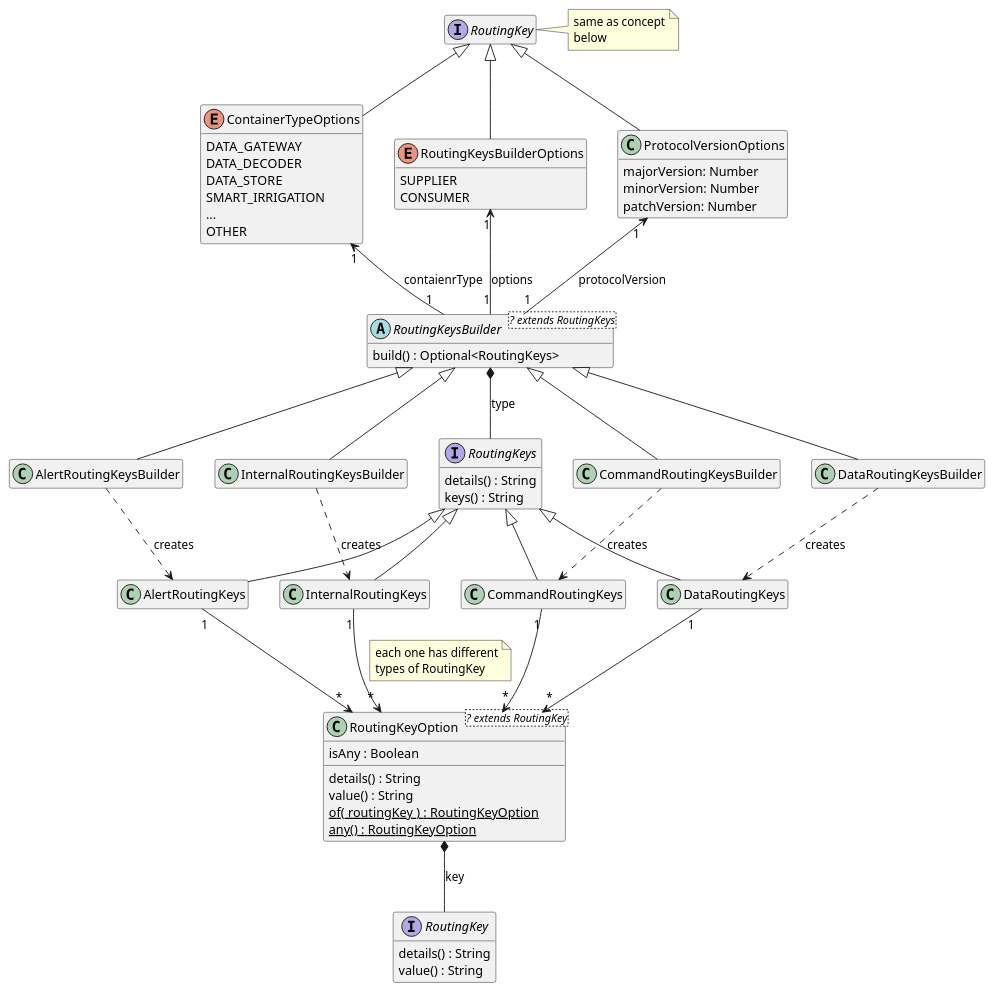
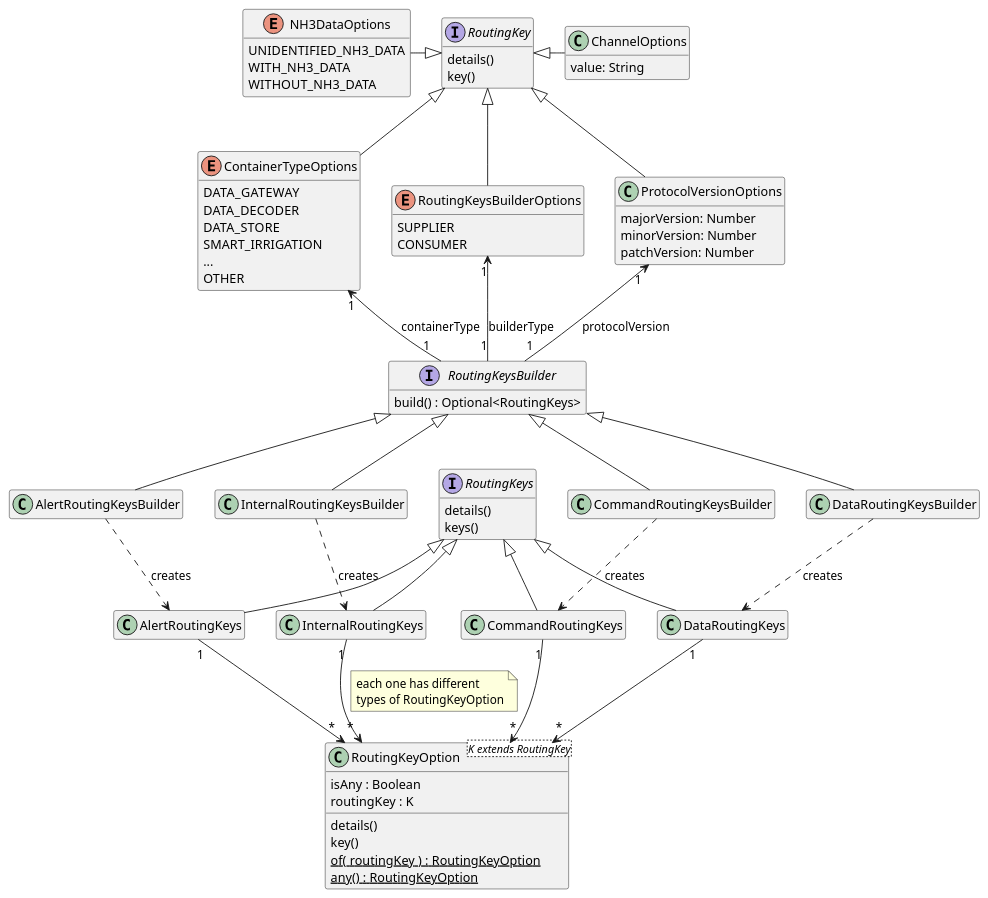
Before and after one commit to FilipeMCruz/dissertation: the diagram in assets/diagrams/design/domain/routing-model.pu, drawn with PlantUML. The commit also changed 11 other files, not shown here.

Commit message:
Fixed some diagrams

```diff
--- a/assets/diagrams/design/domain/routing-model.pu
+++ b/assets/diagrams/design/domain/routing-model.pu
@@ -1,113 +1,121 @@
 @startuml routing-model
 
 hide empty members
 
 interface "RoutingKey" as RoutingKey2 {
-
+    details()
+    key()
 }
-note right: same as concept\nbelow
 
 interface RoutingKeys {
-    details() : String
-    keys() : String
+    details()
+    keys()
 }
 
 class AlertRoutingKeys {
 
 }
 
 class InternalRoutingKeys {
 
 }
 
 class CommandRoutingKeys {
 
 }
 
 class DataRoutingKeys {
 
+}
+
+class ChannelOptions {
+    value: String
+}
+
+enum NH3DataOptions {
+    UNIDENTIFIED_NH3_DATA
+    WITH_NH3_DATA
+    WITHOUT_NH3_DATA
 }
 
 enum ContainerTypeOptions {
     DATA_GATEWAY
     DATA_DECODER
     DATA_STORE
     SMART_IRRIGATION
     ...
     OTHER
 }
 
 enum RoutingKeysBuilderOptions {
     SUPPLIER
     CONSUMER
 }
 
 class ProtocolVersionOptions {
     majorVersion: Number
     minorVersion: Number
     patchVersion: Number
 }
 
-abstract RoutingKeysBuilder<? extends RoutingKeys> {
+interface RoutingKeysBuilder {
     build() : Optional<RoutingKeys>
 }
 
 class AlertRoutingKeysBuilder {
 }
 
 class InternalRoutingKeysBuilder {
 }
 
 class CommandRoutingKeysBuilder {
 }
 
 class DataRoutingKeysBuilder {
 }
 
-class RoutingKeyOption<? extends RoutingKey> {
+class RoutingKeyOption<K extends RoutingKey> {
     isAny : Boolean
-    details() : String
-    value() : String
+    routingKey : K
+    details()
+    key()
     {static} of( routingKey ) : RoutingKeyOption
     {static} any() : RoutingKeyOption
-}
-
-interface RoutingKey {
-    details() : String
-    value() : String
 }
 
 RoutingKeys <|-- AlertRoutingKeys
 RoutingKeys <|-- InternalRoutingKeys
 RoutingKeys <|-- CommandRoutingKeys
 RoutingKeys <|-- DataRoutingKeys
 
 RoutingKeysBuilder <|-- AlertRoutingKeysBuilder
 RoutingKeysBuilder <|-- InternalRoutingKeysBuilder
+RoutingKeysBuilder <|-- DataRoutingKeysBuilder
 RoutingKeysBuilder <|-- CommandRoutingKeysBuilder
-RoutingKeysBuilder <|-- DataRoutingKeysBuilder
-
-RoutingKeyOption *-- RoutingKey : key
-RoutingKeysBuilder *-- RoutingKeys : type
 
 AlertRoutingKeys "1" --> "*" RoutingKeyOption
+
 InternalRoutingKeys "1" --> "*" RoutingKeyOption
-note on link: each one has different\ntypes of RoutingKey
+note on link: each one has different\ntypes of RoutingKeyOption
+
 CommandRoutingKeys "1" --> "*" RoutingKeyOption
 DataRoutingKeys "1" --> "*" RoutingKeyOption
 
 DataRoutingKeysBuilder ..> DataRoutingKeys: creates
 AlertRoutingKeysBuilder ..> AlertRoutingKeys: creates
 InternalRoutingKeysBuilder ..> InternalRoutingKeys: creates
 CommandRoutingKeysBuilder ..> CommandRoutingKeys: creates
 
 ProtocolVersionOptions "1" <-- "1" RoutingKeysBuilder: protocolVersion
-ContainerTypeOptions "1" <-- "1" RoutingKeysBuilder: contaienrType
-RoutingKeysBuilderOptions "1" <-- "1" RoutingKeysBuilder: options
-
+ContainerTypeOptions "1" <-- "1" RoutingKeysBuilder: containerType
+RoutingKeysBuilderOptions "1" <-- "1" RoutingKeysBuilder: builderType
 
 RoutingKey2 <|-- RoutingKeysBuilderOptions
 RoutingKey2 <|-- ContainerTypeOptions
 RoutingKey2 <|-- ProtocolVersionOptions
+RoutingKey2 <|- ChannelOptions
+NH3DataOptions -|> RoutingKey2
+
+RoutingKeysBuilder -[hidden] RoutingKeys
 
 @enduml
```
